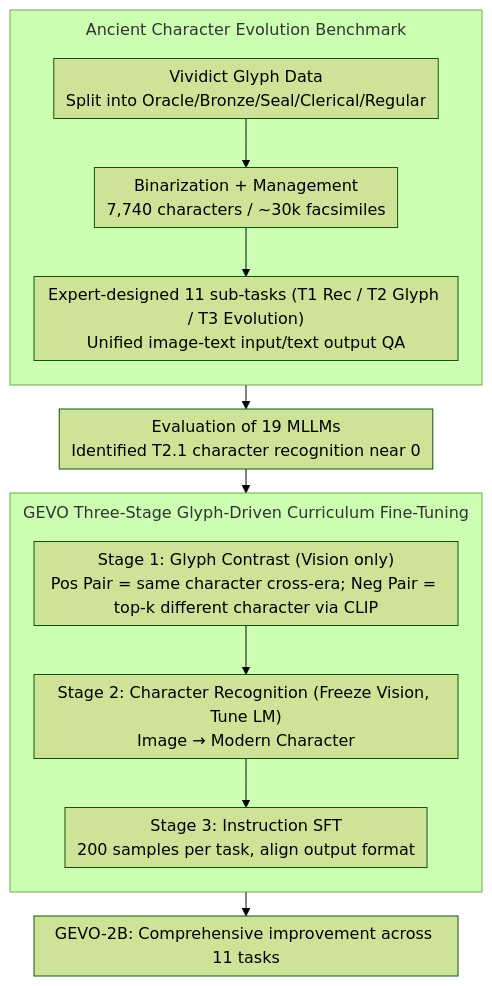
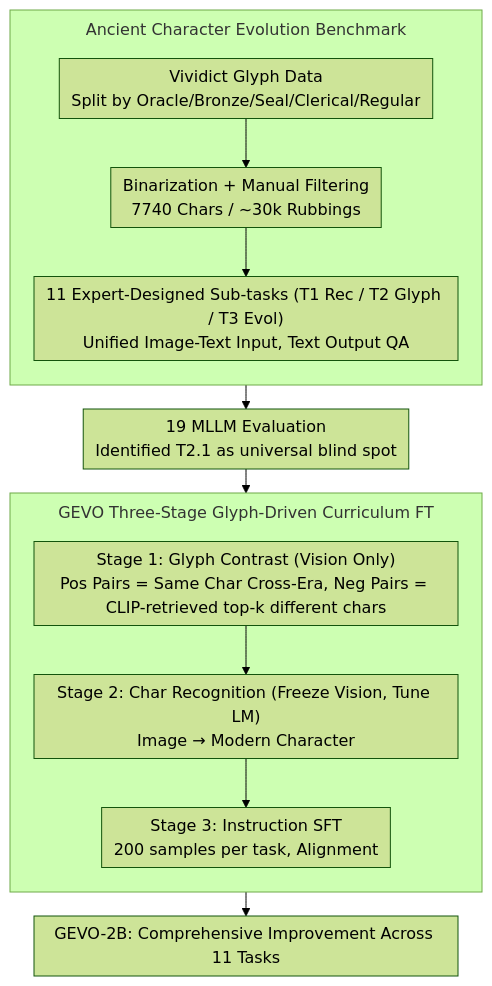
Before and after one commit to zhaoyang97/Paper-Notes-en: the diagram in docs/ACL2026/multimodal_vlm/enhancing_multimodal_large_language_models_for_ancient_chinese_character_evoluti.md, drawn with Mermaid (forest theme). The commit also changed other lines of this file and 5084 other files, not shown here.

````diff
--- a/docs/ACL2026/multimodal_vlm/enhancing_multimodal_large_language_models_for_ancient_chinese_character_evoluti.md
+++ b/docs/ACL2026/multimodal_vlm/enhancing_multimodal_large_language_models_for_ancient_chinese_character_evoluti.md
@@ -42,17 +42,17 @@
 ```mermaid
 %%{init: {'flowchart': {'rankSpacing': 24, 'nodeSpacing': 28, 'padding': 6, 'wrappingWidth': 400, 'subGraphTitleMargin': {'top': 8, 'bottom': 16}}}}%%
 flowchart TD
     subgraph BM["Ancient Character Evolution Benchmark"]
         direction TB
-        A["Vividict Glyph Data<br/>Split into Oracle/Bronze/Seal/Clerical/Regular"] --> B["Binarization + Management<br/>7,740 characters / ~30k facsimiles"]
-        B --> C["Expert-designed 11 sub-tasks (T1 Rec / T2 Glyph / T3 Evolution)<br/>Unified image-text input/text output QA"]
+        A["Vividict Glyph Data<br/>Split by Oracle/Bronze/Seal/Clerical/Regular"] --> B["Binarization + Manual Filtering<br/>7740 Chars / ~30k Rubbings"]
+        B --> C["11 Expert-Designed Sub-tasks (T1 Rec / T2 Glyph / T3 Evol)<br/>Unified Image-Text Input, Text Output QA"]
     end
-    C --> D["Evaluation of 19 MLLMs<br/>Identified T2.1 character recognition near 0"]
-    subgraph GEVO["GEVO Three-Stage Glyph-Driven Curriculum Fine-Tuning"]
+    C --> D["19 MLLM Evaluation<br/>Identified T2.1 as universal blind spot"]
+    subgraph GEVO["GEVO Three-Stage Glyph-Driven Curriculum FT"]
         direction TB
-        E["Stage 1: Glyph Contrast (Vision only)<br/>Pos Pair = same character cross-era; Neg Pair = top-k different character via CLIP"] --> F["Stage 2: Character Recognition (Freeze Vision, Tune LM)<br/>Image → Modern Character"]
-        F --> G["Stage 3: Instruction SFT<br/>200 samples per task, align output format"]
+        E["Stage 1: Glyph Contrast (Vision Only)<br/>Pos Pairs = Same Char Cross-Era, Neg Pairs = CLIP-retrieved top-k different chars"] --> F["Stage 2: Char Recognition (Freeze Vision, Tune LM)<br/>Image → Modern Character"]
+        F --> G["Stage 3: Instruction SFT<br/>200 samples per task, Alignment"]
     end
     D --> E
-    G --> H["GEVO-2B: Comprehensive improvement across 11 tasks"]
+    G --> H["GEVO-2B: Comprehensive Improvement Across 11 Tasks"]
 ```
````
